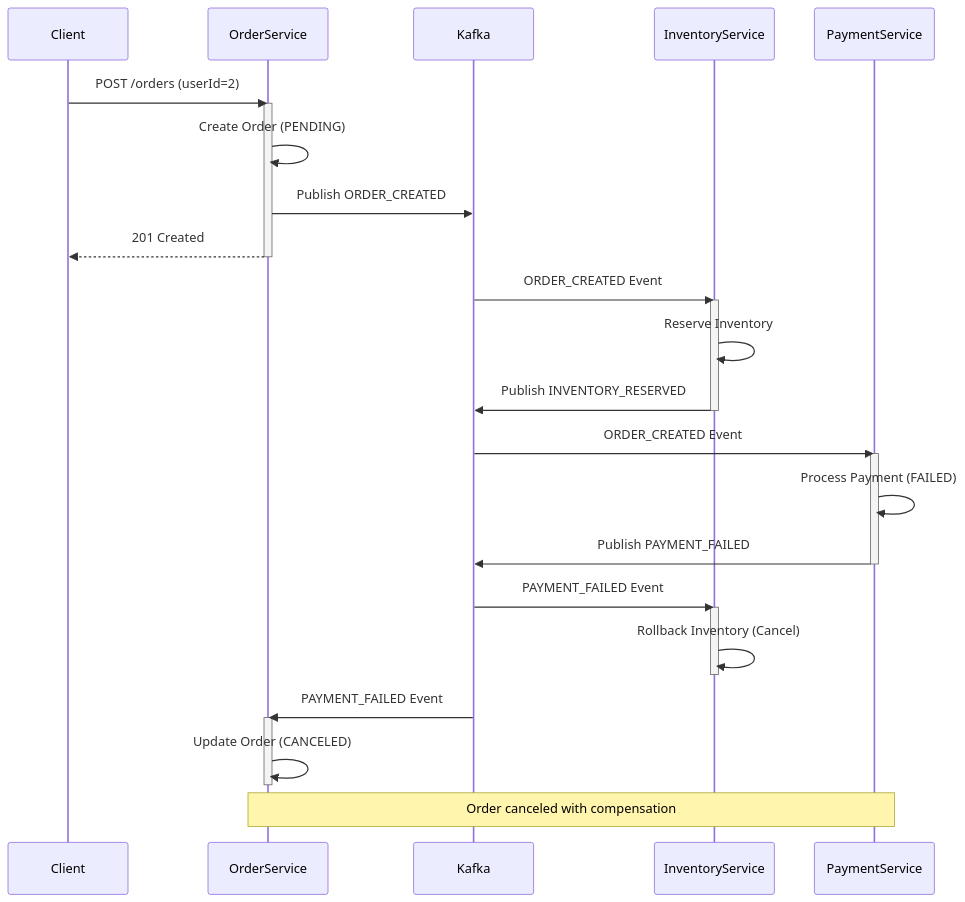
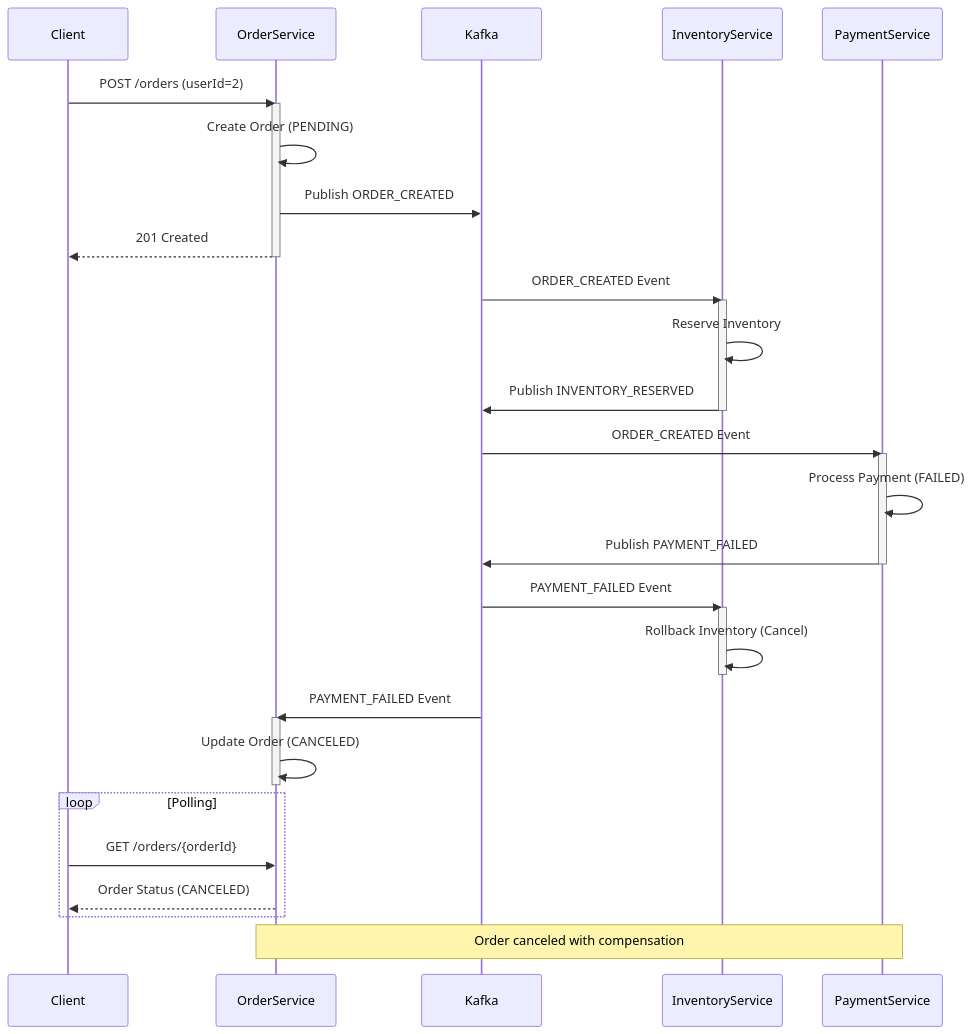
One commit to kimjunyoung90/saga-examples changed the third of 3 diagrams in choreography/README.md. Above: the diagram before and after it, drawn with Mermaid. The commit also changed other lines of this file, not shown here.

Commit message:
docs: 다이어그램 추가

````diff
--- a/choreography/README.md
+++ b/choreography/README.md
@@ -73,39 +78,44 @@
 ```mermaid
 sequenceDiagram
     participant Client
     participant OrderService
     participant Kafka
     participant InventoryService
     participant PaymentService
 
     Client->>OrderService: POST /orders (userId=2)
     activate OrderService
     OrderService->>OrderService: Create Order (PENDING)
     OrderService->>Kafka: Publish ORDER_CREATED
     OrderService-->>Client: 201 Created
     deactivate OrderService
 
     Kafka->>InventoryService: ORDER_CREATED Event
     activate InventoryService
     InventoryService->>InventoryService: Reserve Inventory
     InventoryService->>Kafka: Publish INVENTORY_RESERVED
     deactivate InventoryService
 
     Kafka->>PaymentService: ORDER_CREATED Event
     activate PaymentService
     PaymentService->>PaymentService: Process Payment (FAILED)
     PaymentService->>Kafka: Publish PAYMENT_FAILED
     deactivate PaymentService
 
     Kafka->>InventoryService: PAYMENT_FAILED Event
     activate InventoryService
     InventoryService->>InventoryService: Rollback Inventory (Cancel)
     deactivate InventoryService
 
     Kafka->>OrderService: PAYMENT_FAILED Event
     activate OrderService
     OrderService->>OrderService: Update Order (CANCELED)
     deactivate OrderService
 
+    loop Polling
+        Client->>OrderService: GET /orders/{orderId}
+        OrderService-->>Client: Order Status (CANCELED)
+    end
+
     Note over OrderService,PaymentService: Order canceled with compensation
 ```
````
